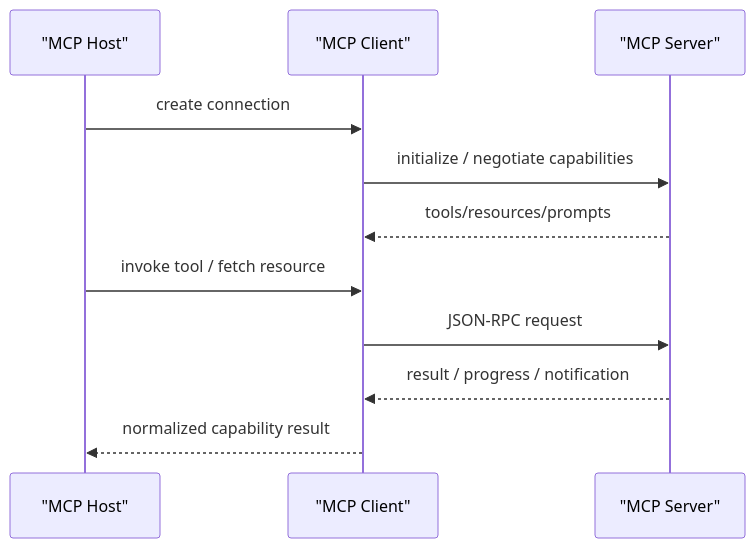
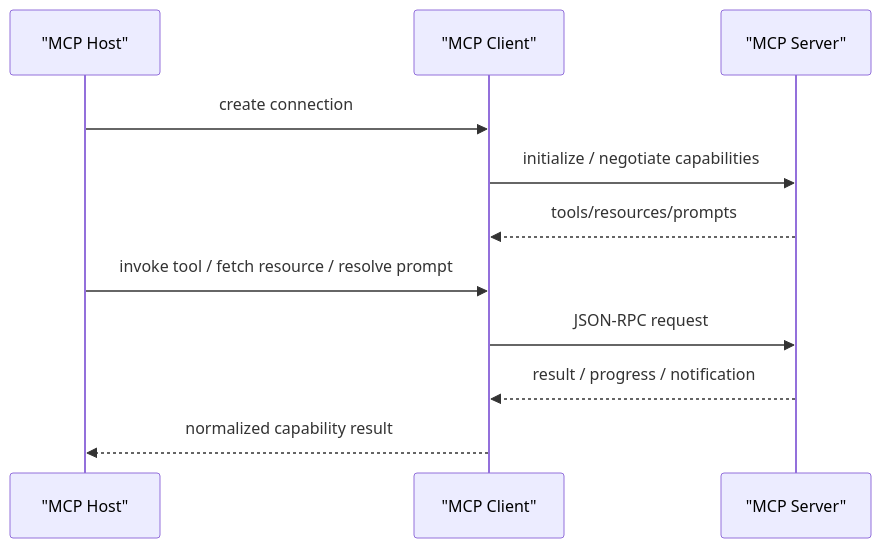
Before and after one commit to superliyang/tony-2026: the second of 2 diagrams in 01-Areas/AI-Open-Source/03-Projects/MCP Servers.md, drawn with Mermaid. The commit also changed other lines of this file and 3 other files, not shown here.

````diff
--- a/01-Areas/AI-Open-Source/03-Projects/MCP Servers.md
+++ b/01-Areas/AI-Open-Source/03-Projects/MCP Servers.md
@@ -112,14 +167,14 @@
 ```mermaid
 sequenceDiagram
   participant Host as "MCP Host"
   participant Client as "MCP Client"
   participant Server as "MCP Server"
 
   Host->>Client: create connection
   Client->>Server: initialize / negotiate capabilities
   Server-->>Client: tools/resources/prompts
-  Host->>Client: invoke tool / fetch resource
+  Host->>Client: invoke tool / fetch resource / resolve prompt
   Client->>Server: JSON-RPC request
   Server-->>Client: result / progress / notification
   Client-->>Host: normalized capability result
 ```
````
